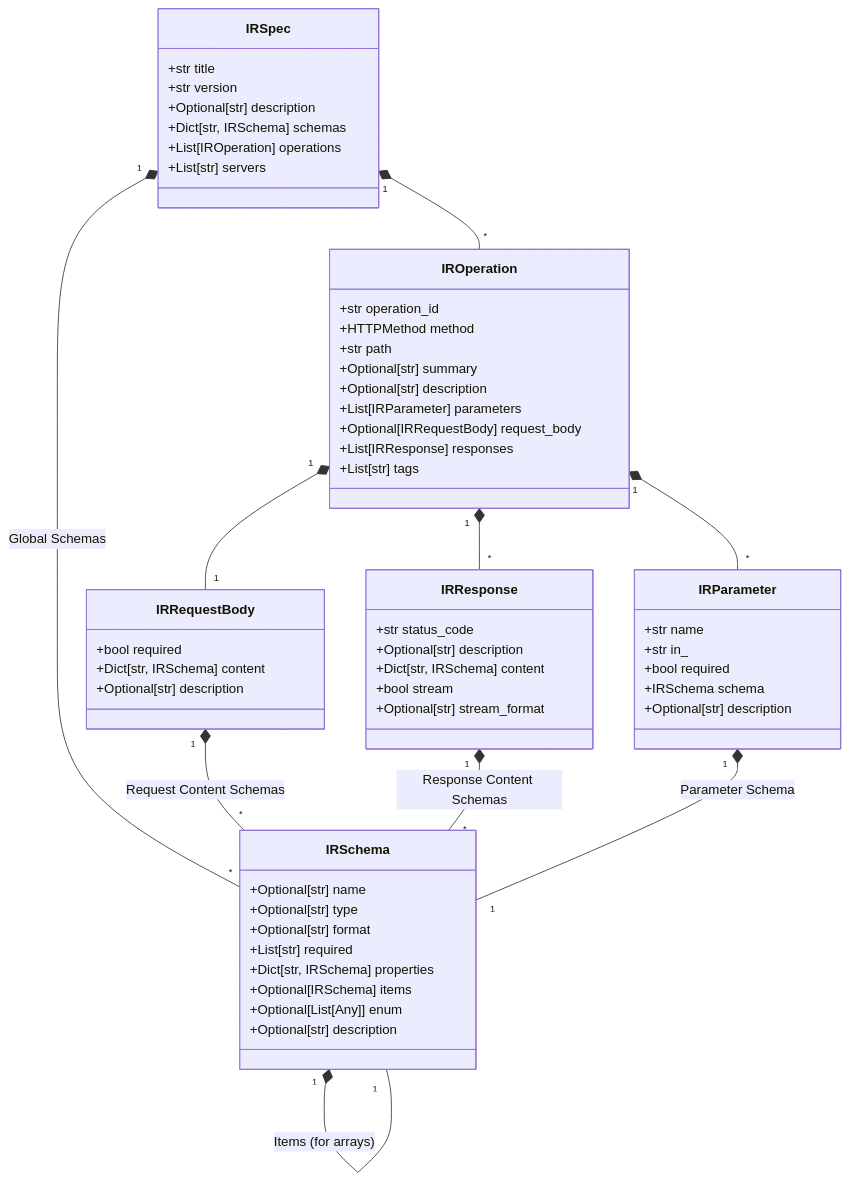
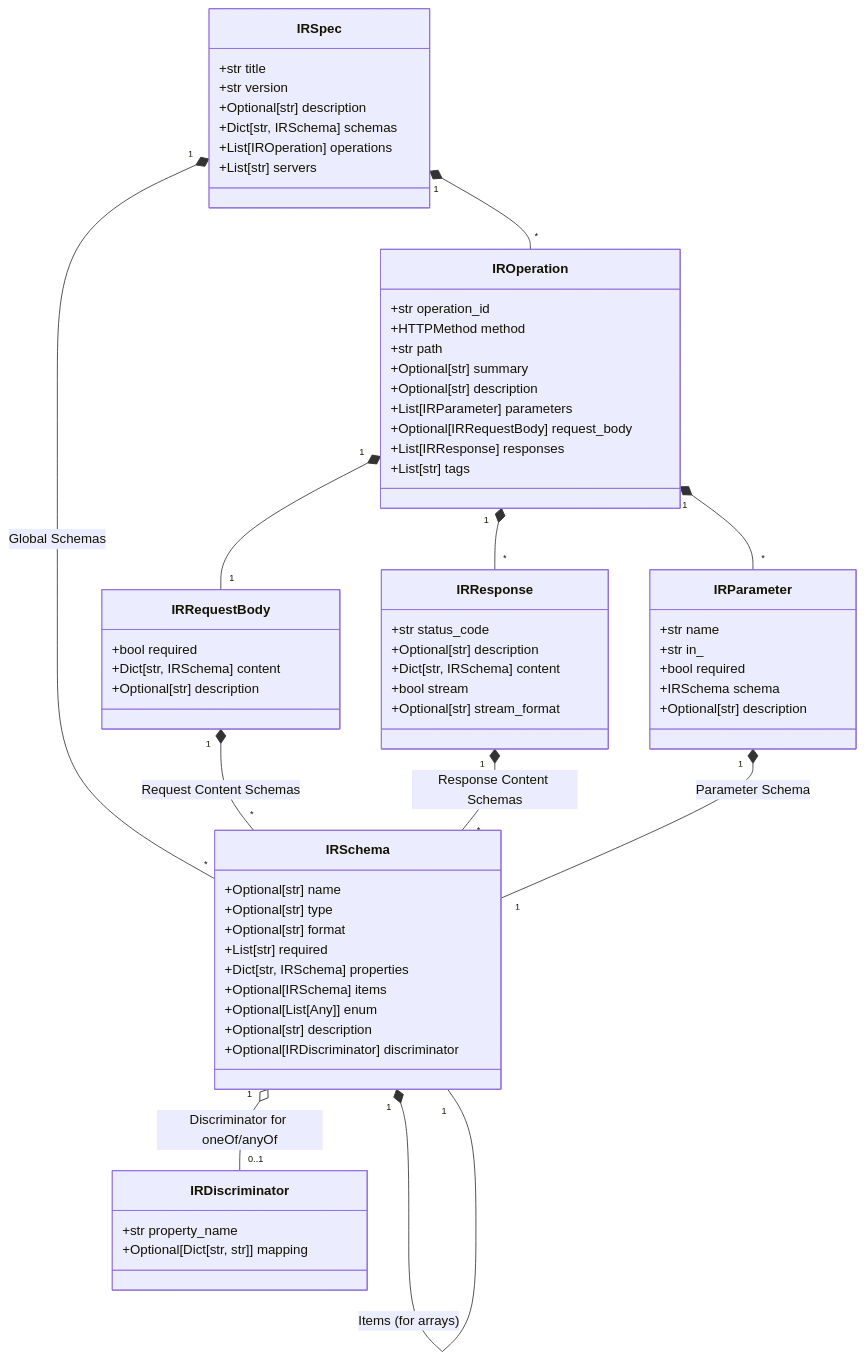
One commit to mindhiveoy/pyopenapi_gen changed the diagram in docs/ir_models.md. Above: the diagram before and after it, drawn with Mermaid. The commit also changed other lines of this file and 9 other files, not shown here.

First line of the commit message:
fix(parser): resolve schema registration and enum naming issues

````diff
--- a/docs/ir_models.md
+++ b/docs/ir_models.md
@@ -23,62 +24,68 @@
 ```mermaid
 classDiagram
     IRSpec "1" *-- "*" IROperation
     IRSpec "1" *-- "*" IRSchema : Global Schemas
     IROperation "1" *-- "*" IRParameter
     IROperation "1" *-- "1" IRRequestBody
     IROperation "1" *-- "*" IRResponse
     IRRequestBody "1" *-- "*" IRSchema : Request Content Schemas
     IRResponse "1" *-- "*" IRSchema : Response Content Schemas
     IRParameter "1" *-- "1" IRSchema : Parameter Schema
     IRSchema "1" *-- "*" IRSchema : Properties
     IRSchema "1" *-- "1" IRSchema : Items (for arrays)
+    IRSchema "1" o-- "0..1" IRDiscriminator : Discriminator for oneOf/anyOf
 
     class IRSpec{
         +str title
         +str version
         +Optional[str] description
         +Dict[str, IRSchema] schemas
         +List[IROperation] operations
         +List[str] servers
     }
     class IROperation{
         +str operation_id
         +HTTPMethod method
         +str path
         +Optional[str] summary
         +Optional[str] description
         +List[IRParameter] parameters
         +Optional[IRRequestBody] request_body
         +List[IRResponse] responses
         +List[str] tags
     }
     class IRParameter{
         +str name
         +str in_
         +bool required
         +IRSchema schema
         +Optional[str] description
     }
     class IRResponse{
         +str status_code
         +Optional[str] description
         +Dict[str, IRSchema] content
         +bool stream
         +Optional[str] stream_format
     }
     class IRRequestBody{
         +bool required
         +Dict[str, IRSchema] content
         +Optional[str] description
     }
     class IRSchema{
         +Optional[str] name
         +Optional[str] type
         +Optional[str] format
         +List[str] required
         +Dict[str, IRSchema] properties
         +Optional[IRSchema] items
         +Optional[List[Any]] enum
         +Optional[str] description
+        +Optional[IRDiscriminator] discriminator
+    }
+    class IRDiscriminator{
+        +str property_name
+        +Optional[Dict[str, str]] mapping
     }
 ```
````
